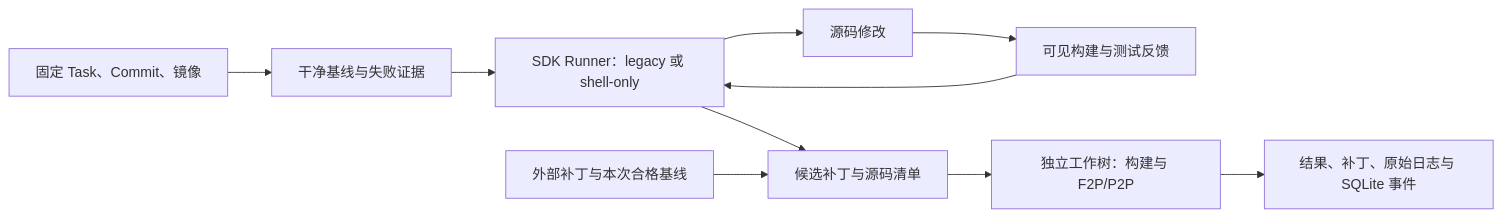
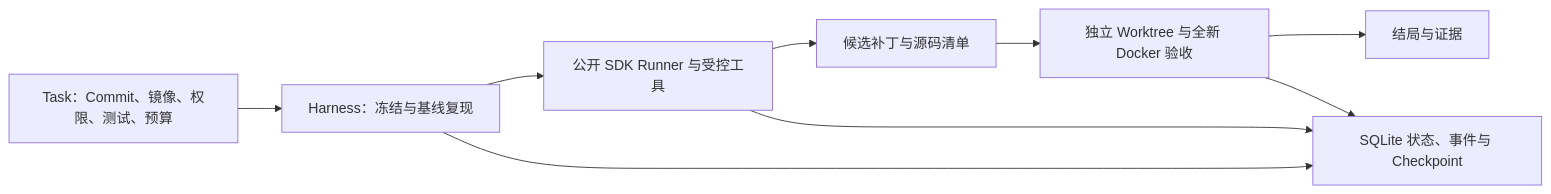
The diagram in README.md (lilong555/ReproPatch), drawn with Mermaid before and after one commit. The commit also changed other lines of this file and 29 other files, not shown here.

````diff
--- a/README.md
+++ b/README.md
@@ -10,12 +59,11 @@
 ```mermaid
 flowchart LR
-  T[固定 Task、Commit、镜像] --> B[干净基线与失败证据]
-  B --> A[SDK Runner：legacy 或 shell-only]
-  A --> E[源码修改]
-  E --> R[可见构建与测试反馈]
-  R --> A
+  T[Task：Commit、镜像、权限、测试、预算] --> H[Harness：冻结与基线复现]
+  H --> A[公开 SDK Runner 与受控工具]
   A --> P[候选补丁与源码清单]
-  X[外部补丁与本次合格基线] --> P
-  P --> V[独立工作树：构建与 F2P/P2P]
-  V --> O[结果、补丁、原始日志与 SQLite 事件]
+  P --> V[独立 Worktree 与全新 Docker 验收]
+  V --> R[结局与证据]
+  H --> E[SQLite 状态、事件与 Checkpoint]
+  A --> E
+  V --> E
 ```
````
